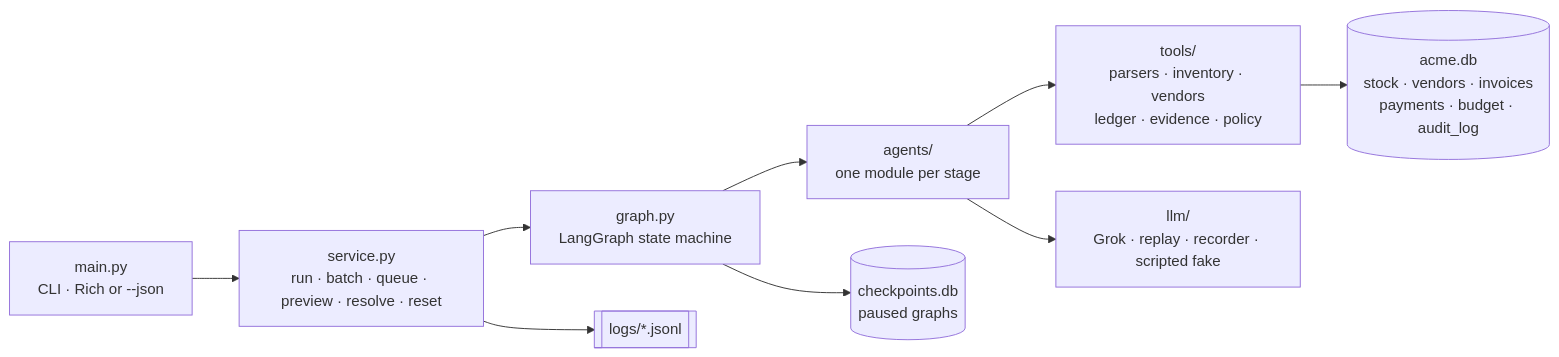
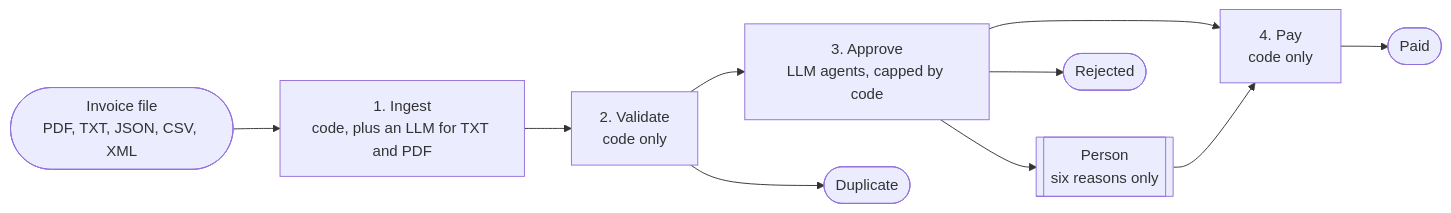
The first of 2 diagrams in README.md (smadinya/galatiq-case-invoices), drawn with Mermaid before and after one commit. The commit also changed other lines of this file, not shown here.

````diff
--- a/README.md
+++ b/README.md
@@ -218,18 +224,12 @@
 ```mermaid
 flowchart LR
-    cli["main.py<br/>CLI · Rich or --json"]
-    svc["service.py<br/>run · batch · queue · preview · resolve · reset"]
-    lgraph["graph.py<br/>LangGraph state machine"]
-    agents["agents/<br/>one module per stage"]
-    tools["tools/<br/>parsers · inventory · vendors<br/>ledger · evidence · policy"]
-    llm["llm/<br/>Grok · replay · recorder · scripted fake"]
-    db[("acme.db<br/>stock · vendors · invoices<br/>payments · budget · audit_log")]
-    ckpt[("checkpoints.db<br/>paused graphs")]
-    logs[["logs/*.jsonl"]]
-
-    cli --> svc --> lgraph --> agents
-    agents --> tools --> db
-    agents --> llm
-    lgraph --> ckpt
-    svc --> logs
+    file(["Invoice file<br/>PDF, TXT, JSON, CSV, XML"]) --> ingest["1. Ingest<br/>code, plus an LLM for TXT and PDF"]
+    ingest --> validate["2. Validate<br/>code only"]
+    validate --> approve["3. Approve<br/>LLM agents, capped by code"]
+    approve --> pay["4. Pay<br/>code only"]
+    approve --> person[["Person<br/>six reasons only"]]
+    person --> pay
+    validate --> duplicate(["Duplicate"])
+    approve --> rejected(["Rejected"])
+    pay --> paid(["Paid"])
 ```
````
